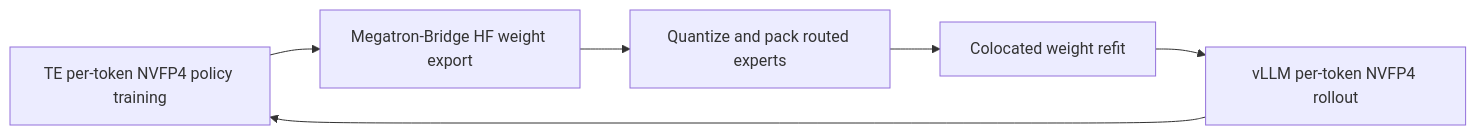
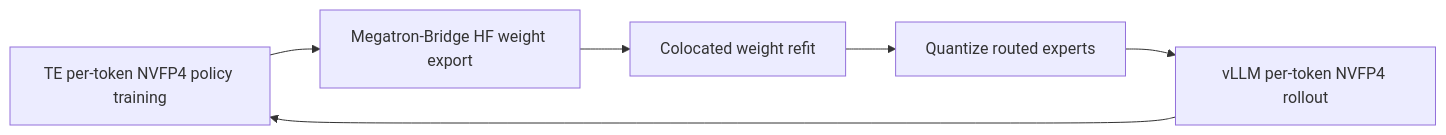
The diagram in docs/design-docs/te-nvfp4-per-token-rollout.md (sharonyu-115/NeMo-RL), drawn with Mermaid before and after one commit. The commit also changed other lines of this file, not shown here.

First line of the commit message:
docs: update NVFP4 per-token rollout doc for vLLM-side quantization

````diff
--- a/docs/design-docs/te-nvfp4-per-token-rollout.md
+++ b/docs/design-docs/te-nvfp4-per-token-rollout.md
@@ -128,8 +132,8 @@
 ```mermaid
 flowchart LR
     A[TE per-token NVFP4 policy training] --> B[Megatron-Bridge HF weight export]
-    B --> C[Quantize and pack routed experts]
-    C --> D[Colocated weight refit]
-    D --> E[vLLM per-token NVFP4 rollout]
+    B --> D[Colocated weight refit]
+    D --> C[Quantize routed experts]
+    C --> E[vLLM per-token NVFP4 rollout]
     E --> A
 ```
````
